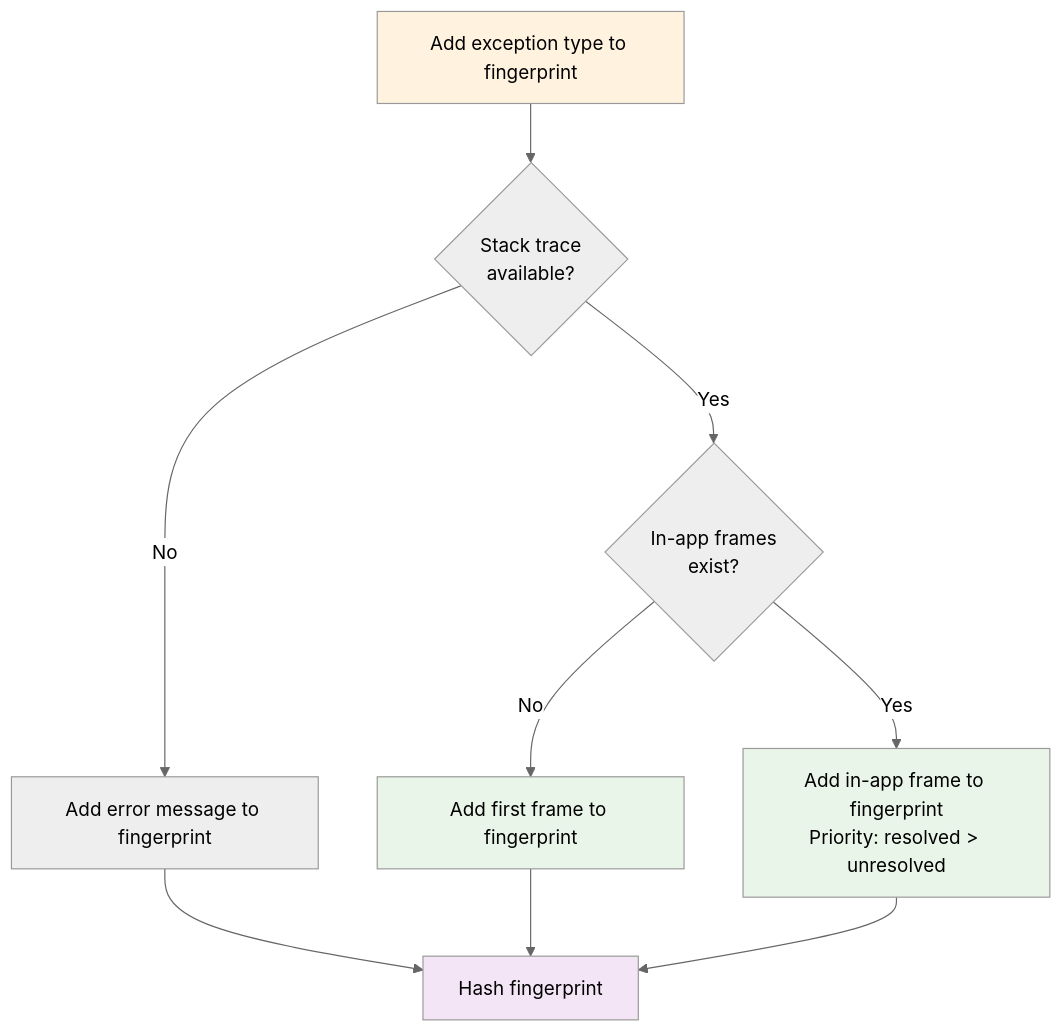
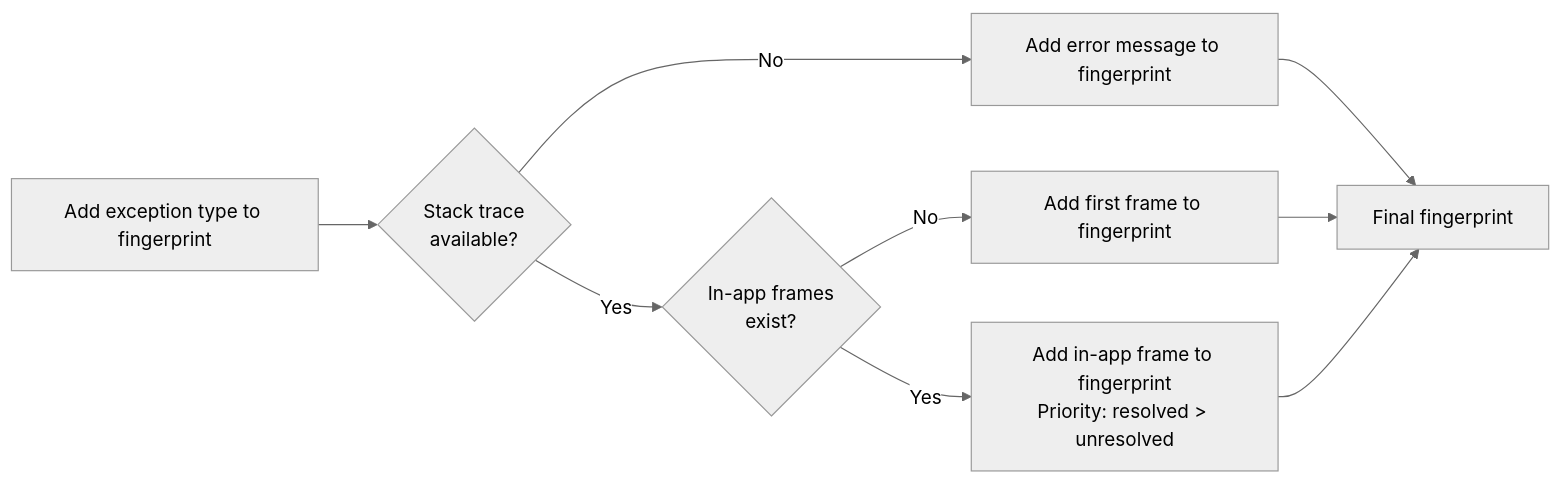
Before and after one commit to PostHog/posthog.com: the diagram in contents/docs/error-tracking/fingerprints.mdx, drawn with Mermaid (neutral theme). The commit also changed other lines of this file and 1 other file, not shown here.

Commit message:
Use left right mermaid chart, default layout

````diff
--- a/contents/docs/error-tracking/fingerprints.mdx
+++ b/contents/docs/error-tracking/fingerprints.mdx
@@ -17,22 +17,17 @@
 ```mermaid
-flowchart TD
+flowchart LR
     A[Add exception type to fingerprint] --> B{Stack trace<br/>available?}
     
     B -->|No| C[Add error message to fingerprint]
     
-    C --> D[Hash fingerprint]
+    C --> D[Final fingerprint]
     
     B -->|Yes| E{In-app frames<br/>exist?}
     
     E -->|No| F[Add first frame to fingerprint]
     
     E -->|Yes| G[Add in-app frame to fingerprint<br/>Priority: resolved > unresolved]
     
     F --> D
     G --> D
-    
-    style A fill:#fff3e0
-    style D fill:#f3e5f5
-    style F fill:#e8f5e8
-    style G fill:#e8f5e8
 ```
````
